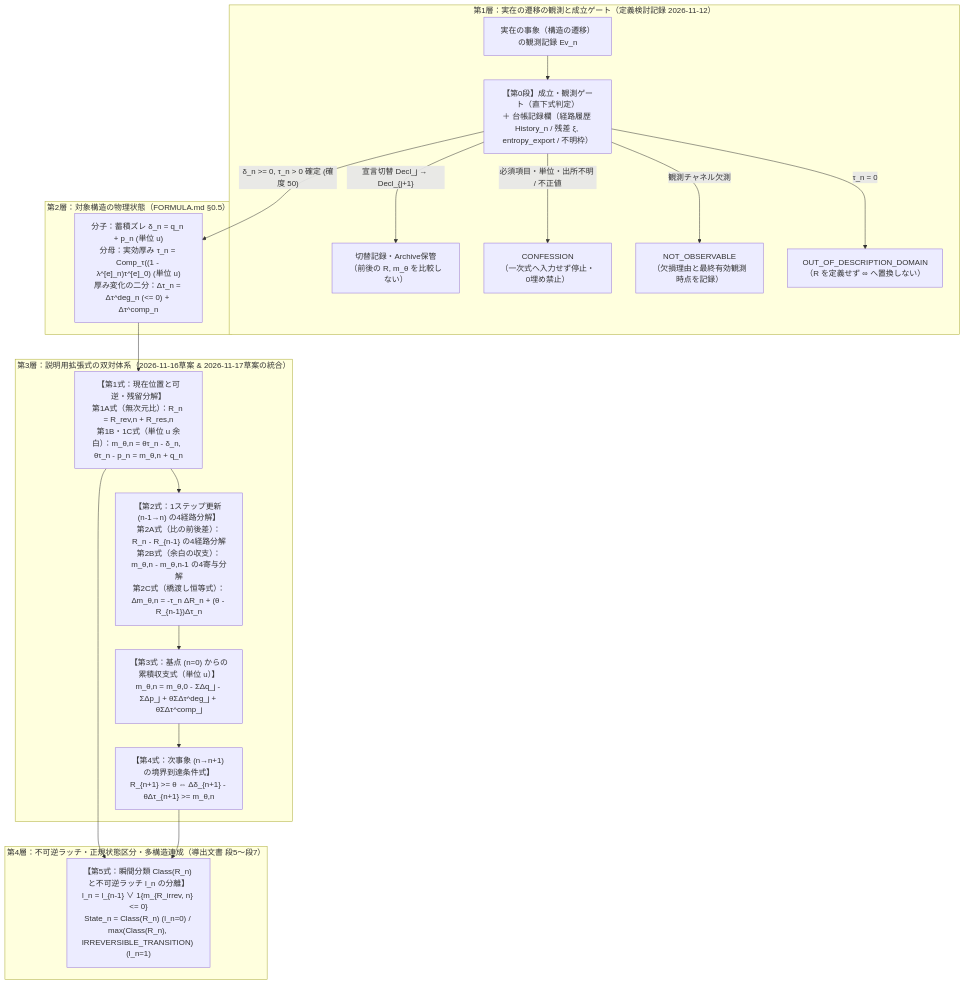
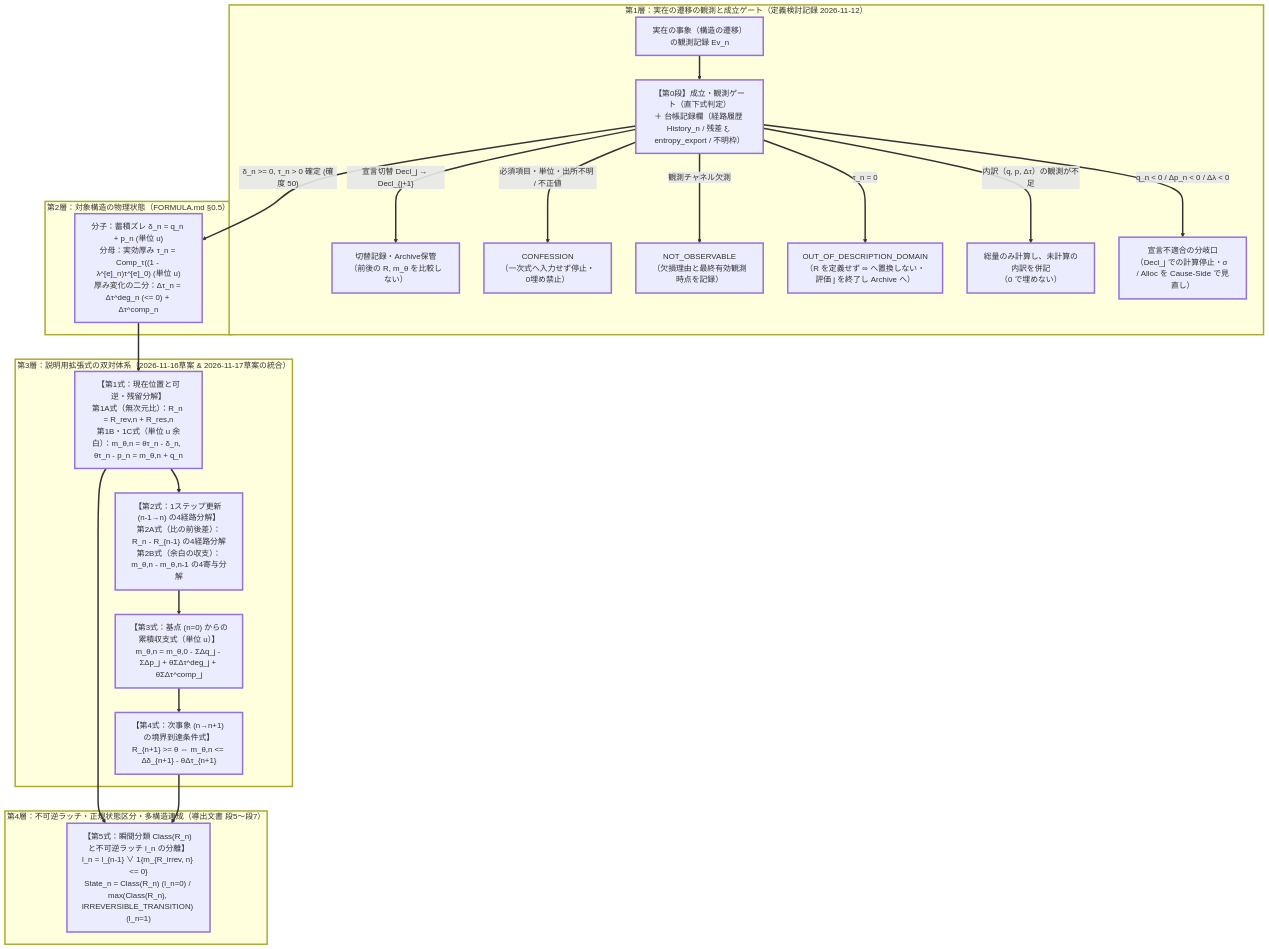
One commit to M-Tokun/NRA-IDE changed the diagram in nra-core/foundations/NRA-IDE_説明用拡張式体系.md. Above: the diagram before and after it, drawn with Mermaid. The commit also changed other lines of this file and 4 other files, not shown here.

````diff
--- a/nra-core/foundations/NRA-IDE_説明用拡張式体系.md
+++ b/nra-core/foundations/NRA-IDE_説明用拡張式体系.md
@@ -25,25 +25,34 @@
 ```mermaid
 flowchart TD
     subgraph L1["第1層：実在の遷移の観測と成立ゲート（定義検討記録 2026-11-12）"]
         EV["実在の事象（構造の遷移）の観測記録 Ev_n"] --> GATE["【第0段】成立・観測ゲート（直下式判定）<br/>＋ 台帳記録欄（経路履歴 History_n / 残差 ξ, entropy_export / 不明枠）"]
         GATE -- "宣言切替 Decl_j → Decl_{j+1}" --> SW["切替記録・Archive保管<br/>（前後の R, m_θ を比較しない）"]
         GATE -- "必須項目・単位・出所不明 / 不正値" --> CONF["CONFESSION<br/>（一次式へ入力せず停止・0埋め禁止）"]
         GATE -- "観測チャネル欠測" --> NOOBS["NOT_OBSERVABLE<br/>（欠損理由と最終有効観測時点を記録）"]
-        GATE -- "τ_n = 0" --> OOD["OUT_OF_DESCRIPTION_DOMAIN<br/>（R を定義せず ∞ へ置換しない）"]
+        GATE -- "τ_n = 0" --> OOD["OUT_OF_DESCRIPTION_DOMAIN<br/>（R を定義せず ∞ へ置換しない・評価 j を終了し Archive へ）"]
+        GATE -- "内訳（q, p, Δτ）の観測が不足" --> PART["総量のみ計算し、未計算の内訳を併記<br/>（0 で埋めない）"]
+        GATE -- "q_n < 0 / Δp_n < 0 / Δλ < 0" --> MISFIT["宣言不適合の分岐口<br/>（Decl_j での計算停止・σ / Alloc を Cause-Side で見直し）"]
     end
 
     subgraph L2["第2層：対象構造の物理状態（FORMULA.md §0.5）"]
         GATE -- "δ_n >= 0, τ_n > 0 確定 (確度 50)" --> PHYS["分子：蓄積ズレ δ_n = q_n + p_n (単位 u)<br/>分母：実効厚み τ_n = Comp_τ((1 - λ^[e]_n)τ^[e]_0) (単位 u)<br/>厚み変化の二分：Δτ_n = Δτ^deg_n (<= 0) + Δτ^comp_n"]
     end
 
     subgraph L3["第3層：説明用拡張式の双対体系（2026-11-16草案 & 2026-11-17草案の統合）"]
         PHYS --> EQ1["【第1式：現在位置と可逆・残留分解】<br/>第1A式（無次元比）：R_n = R_rev,n + R_res,n<br/>第1B・1C式（単位 u 余白）：m_θ,n = θτ_n - δ_n,  θτ_n - p_n = m_θ,n + q_n"]
-        EQ1 --> EQ2["【第2式：1ステップ更新 (n-1→n) の4経路分解】<br/>第2A式（比の前後差）：R_n - R_{n-1} の4経路分解<br/>第2B式（余白の収支）：m_θ,n - m_θ,n-1 の4寄与分解<br/>第2C式（橋渡し恒等式）：Δm_θ,n = -τ_n ΔR_n + (θ - R_{n-1})Δτ_n"]
+        EQ1 --> EQ2["【第2式：1ステップ更新 (n-1→n) の4経路分解】<br/>第2A式（比の前後差）：R_n - R_{n-1} の4経路分解<br/>第2B式（余白の収支）：m_θ,n - m_θ,n-1 の4寄与分解"]
         EQ2 --> EQ3["【第3式：基点 (n=0) からの累積収支式（単位 u）】<br/>m_θ,n = m_θ,0 - ΣΔq_j - ΣΔp_j + θΣΔτ^deg_j + θΣΔτ^comp_j"]
-        EQ3 --> EQ4["【第4式：次事象 (n→n+1) の境界到達条件式】<br/>R_{n+1} >= θ ⇔ Δδ_{n+1} - θΔτ_{n+1} >= m_θ,n"]
+        EQ3 --> EQ4["【第4式：次事象 (n→n+1) の境界到達条件式】<br/>R_{n+1} >= θ ⇔ m_θ,n <= Δδ_{n+1} - θΔτ_{n+1}"]
     end
 
     subgraph L4["第4層：不可逆ラッチ・正規状態区分・多構造連成（導出文書 段5〜段7）"]
         EQ1 & EQ4 --> EQ5["【第5式：瞬間分類 Class(R_n) と不可逆ラッチ l_n の分離】<br/>l_n = l_{n-1} ∨ 1{m_{R_irrev, n} <= 0}<br/>State_n = Class(R_n) (l_n=0) / max(Class(R_n), IRREVERSIBLE_TRANSITION) (l_n=1)"]
     end
+
+    classDef default stroke-width:3px;
+    linkStyle default stroke-width:3px;
+    style L1 stroke-width:3px
+    style L2 stroke-width:3px
+    style L3 stroke-width:3px
+    style L4 stroke-width:3px
 ```
````
